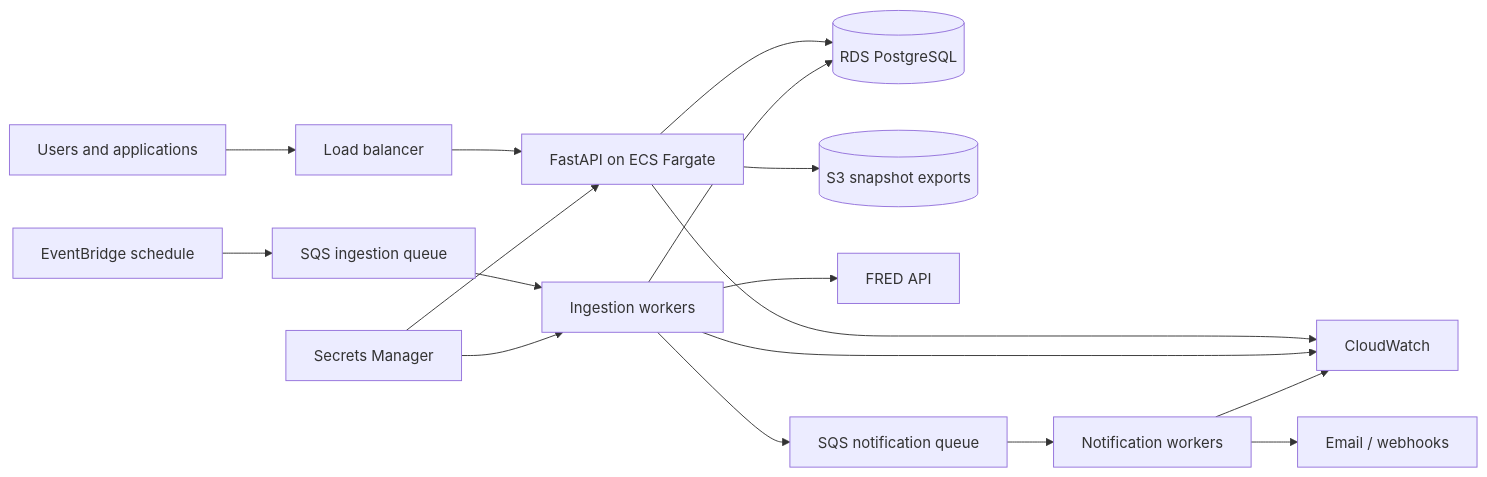
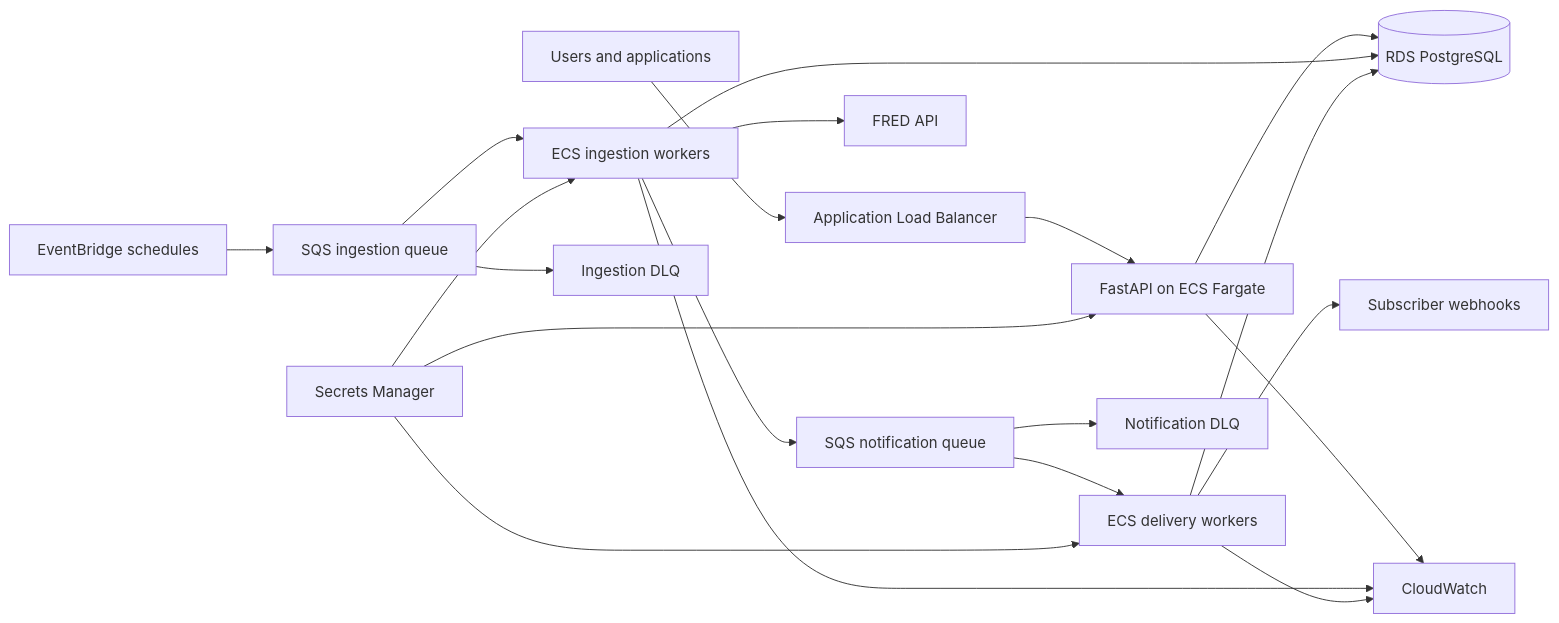
Before and after one commit to atharvanaik06/economic-release-tracker: the third of 3 diagrams in docs/SYSTEM_DESIGN.md, drawn with Mermaid. The commit also changed other lines of this file and 3 other files, not shown here.

````diff
--- a/docs/SYSTEM_DESIGN.md
+++ b/docs/SYSTEM_DESIGN.md
@@ -272,21 +243,25 @@
 ```mermaid
 flowchart LR
-    User[Users and applications] --> LB[Load balancer]
+    User[Users and applications] --> LB[Application Load Balancer]
     LB --> API[FastAPI on ECS Fargate]
     API --> RDS[(RDS PostgreSQL)]
-    API --> S3[(S3 snapshot exports)]
 
-    EB[EventBridge schedule] --> IQ[SQS ingestion queue]
-    IQ --> Worker[Ingestion workers]
-    Worker --> FRED[FRED API]
-    Worker --> RDS
-    Worker --> NQ[SQS notification queue]
-    NQ --> Delivery[Notification workers]
-    Delivery --> Hooks[Email / webhooks]
+    EB[EventBridge schedules] --> IQ[SQS ingestion queue]
+    IQ --> IW[ECS ingestion workers]
+    IW --> FRED[FRED API]
+    IW --> RDS
+    IW --> NQ[SQS notification queue]
 
+    NQ --> NW[ECS delivery workers]
+    NW --> Hooks[Subscriber webhooks]
+    NW --> RDS
+
+    IQ --> IDLQ[Ingestion DLQ]
+    NQ --> NDLQ[Notification DLQ]
+    SM[Secrets Manager] --> API
+    SM --> IW
+    SM --> NW
     API --> CW[CloudWatch]
-    Worker --> CW
-    Delivery --> CW
-    SM[Secrets Manager] --> API
-    SM --> Worker
+    IW --> CW
+    NW --> CW
 ```
````
